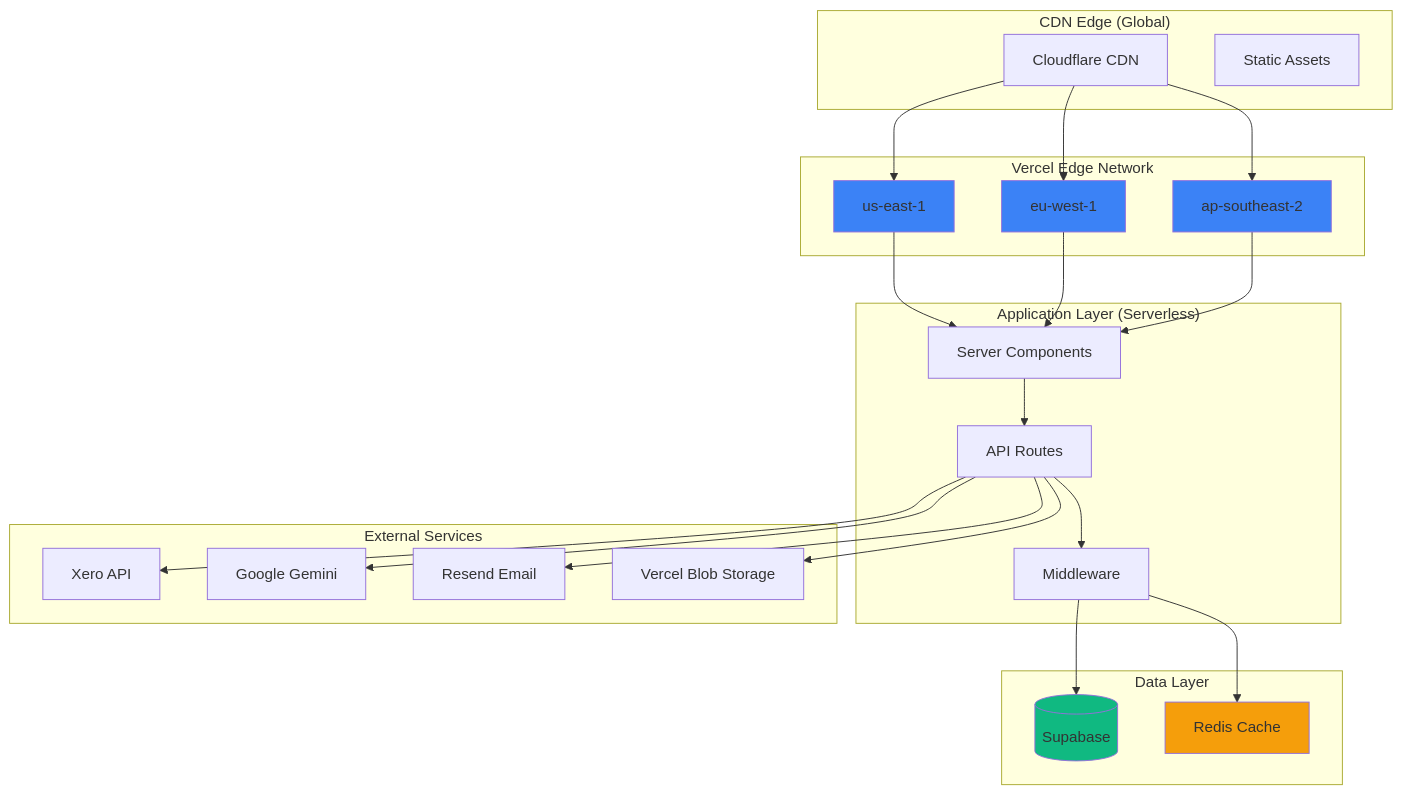
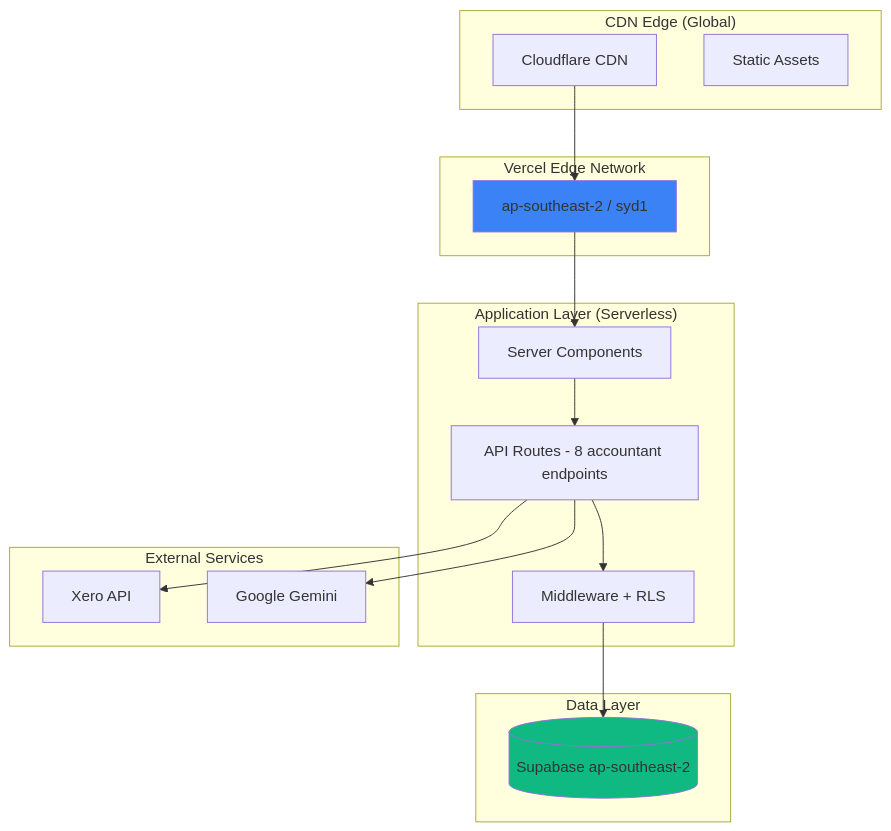
Before and after one commit to CleanExpo/ATO: diagram 14 of 15 in docs/diagrams/accountant-workflow-system.md, drawn with Mermaid. The commit also changed other lines of this file and 4 other files, not shown here.

First line of the commit message:
Update accountant workflow architecture docs to match implementation (ORCH-ACC-001)

````diff
--- a/docs/diagrams/accountant-workflow-system.md
+++ b/docs/diagrams/accountant-workflow-system.md
@@ -736,56 +587,37 @@
 ```mermaid
 graph TB
     subgraph "CDN Edge (Global)"
         CDN1[Cloudflare CDN]
         CDN2[Static Assets]
     end
 
     subgraph "Vercel Edge Network"
-        EDGE1[us-east-1]
-        EDGE2[eu-west-1]
-        EDGE3[ap-southeast-2]
+        EDGE3[ap-southeast-2 / syd1]
     end
 
     subgraph "Application Layer (Serverless)"
         SSR[Server Components]
-        API[API Routes]
-        MIDDLEWARE[Middleware]
+        API[API Routes - 8 accountant endpoints]
+        MIDDLEWARE[Middleware + RLS]
     end
 
     subgraph "Data Layer"
-        SUPABASE[(Supabase)]
-        CACHE[Redis Cache]
+        SUPABASE[(Supabase ap-southeast-2)]
     end
 
     subgraph "External Services"
         XERO[Xero API]
         GEMINI[Google Gemini]
-        RESEND[Resend Email]
-        STORAGE[Vercel Blob Storage]
     end
 
-    CDN1 --> EDGE1
-    CDN1 --> EDGE2
     CDN1 --> EDGE3
-
-    EDGE1 --> SSR
-    EDGE2 --> SSR
     EDGE3 --> SSR
-
     SSR --> API
     API --> MIDDLEWARE
-
     MIDDLEWARE --> SUPABASE
-    MIDDLEWARE --> CACHE
-
     API --> XERO
     API --> GEMINI
-    API --> RESEND
-    API --> STORAGE
 
-    style EDGE1 fill:#3b82f6
-    style EDGE2 fill:#3b82f6
     style EDGE3 fill:#3b82f6
     style SUPABASE fill:#10b981
-    style CACHE fill:#f59e0b
 ```
````
